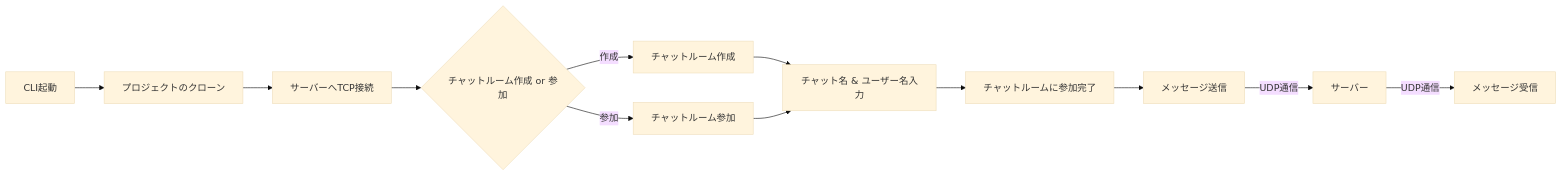
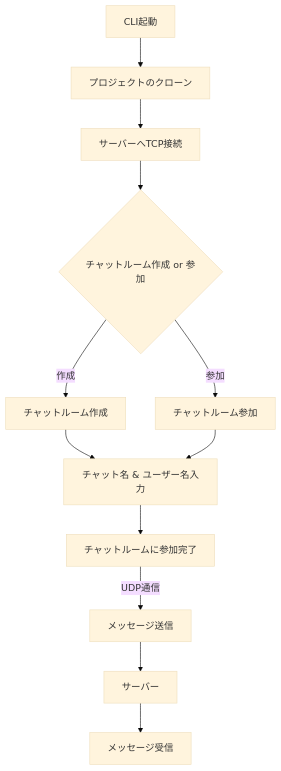
Before and after one commit to BackendExplorer/Tenshin: the diagram in README.md, drawn with Mermaid (base theme).

````diff
--- a/README.md
+++ b/README.md
@@ -2,12 +2,20 @@
 ```mermaid
-graph LR
-    A[CLI起動] --> B[プロジェクトのクローン] --> C[サーバーへTCP接続] --> D{チャットルーム作成 or 参加}
+graph TD
+    %% メインの処理
+    A[CLI起動] --> B[プロジェクトのクローン] --> C[サーバーへTCP接続]
     
-    D -- 作成 --> E[チャットルーム作成] --> G[チャット名 & ユーザー名入力]
-    D -- 参加 --> F[チャットルーム参加] --> G
+    %% チャットルーム作成 or 参加
+    C --> D{チャットルーム作成 or 参加}
+    D -- 作成 --> E[チャットルーム作成]
+    D -- 参加 --> F[チャットルーム参加]
     
-    G --> H[チャットルームに参加完了] --> I[メッセージ送信]
-    
-    I -- UDP通信 --> J[サーバー]
-    J -- UDP通信 --> K[メッセージ受信]
+    %% ユーザー名＆チャット名入力
+    E --> G[チャット名 & ユーザー名入力]
+    F --> G
+    G --> H[チャットルームに参加完了]
+
+    %% メッセージ送信・受信（コンパクトにまとめる）
+    H -->|UDP通信| I[メッセージ送信]
+    I --> J[サーバー] 
+    J --> K[メッセージ受信]
 ```
````
